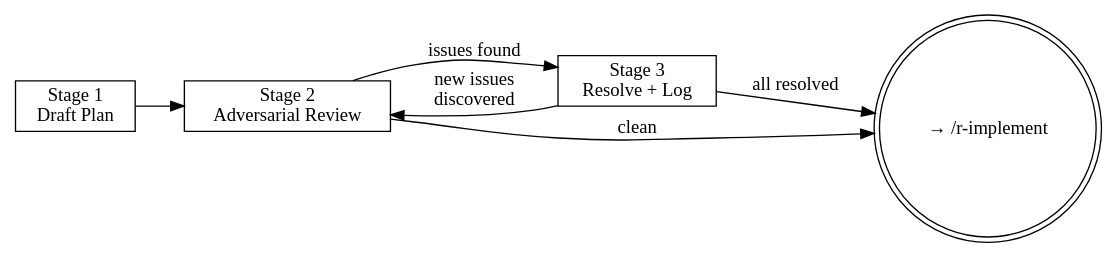
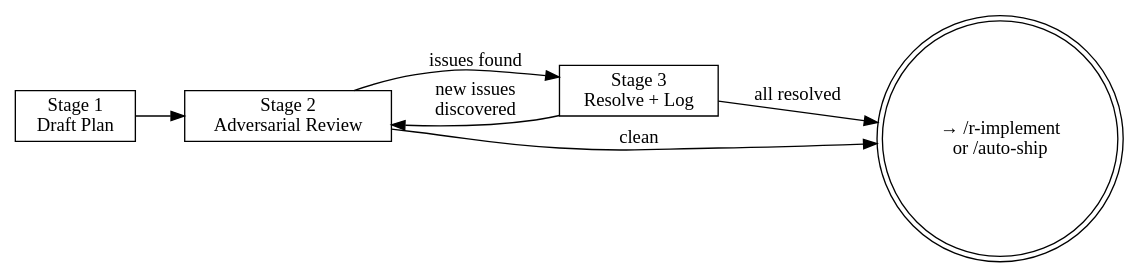
The diagram in .claude/skills/implementation-workflow/SKILL.md (JDenn0514/surveycore), drawn with Graphviz before and after one commit. The commit also changed other lines of this file and 16 other files, not shown here.

Commit message:
chore: add auto-ship skill, plans, and skill updates

````diff
--- a/.claude/skills/implementation-workflow/SKILL.md
+++ b/.claude/skills/implementation-workflow/SKILL.md
@@ -26,15 +30,15 @@
 ```dot
 digraph impl_stages {
     rankdir=LR;
     S1 [label="Stage 1\nDraft Plan", shape=box];
     S2 [label="Stage 2\nAdversarial Review", shape=box];
     S3 [label="Stage 3\nResolve + Log", shape=box];
-    done [label="→ /r-implement", shape=doublecircle];
+    done [label="→ /r-implement\nor /auto-ship", shape=doublecircle];
 
     S1 -> S2;
     S2 -> S3 [label="issues found"];
     S2 -> done [label="clean"];
     S3 -> S2 [label="new issues\ndiscovered"];
     S3 -> done [label="all resolved"];
 }
 ```
````
